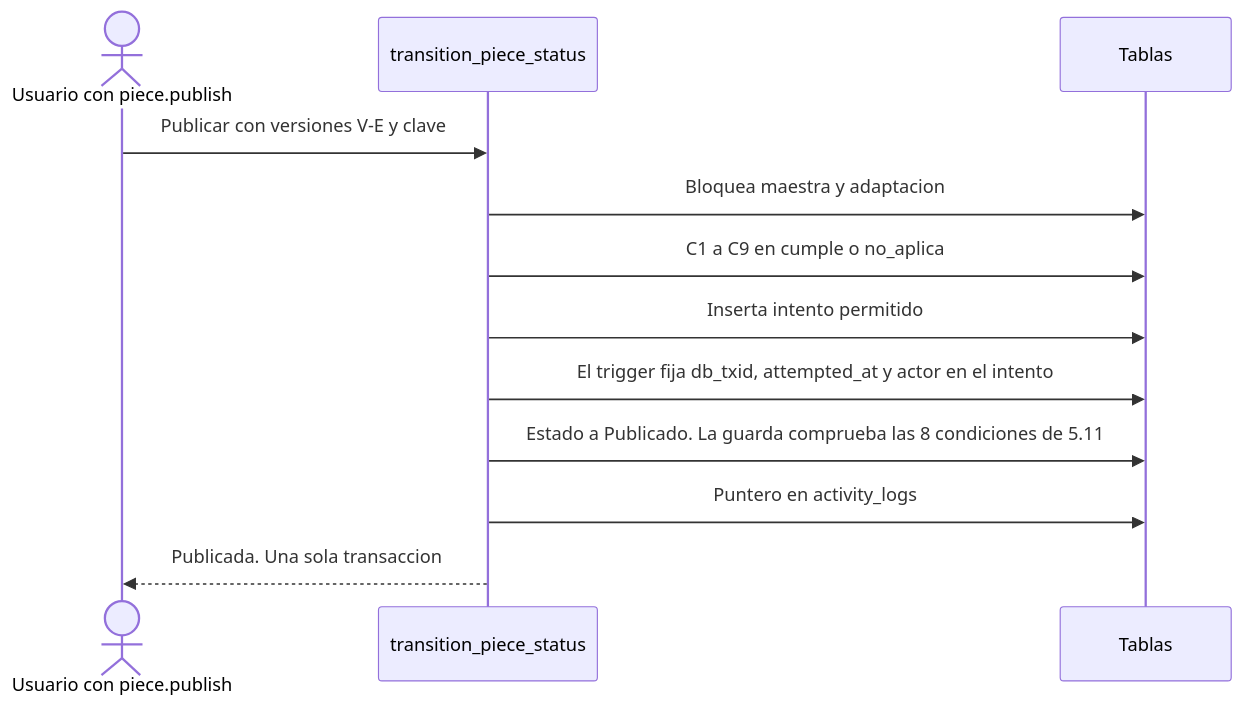
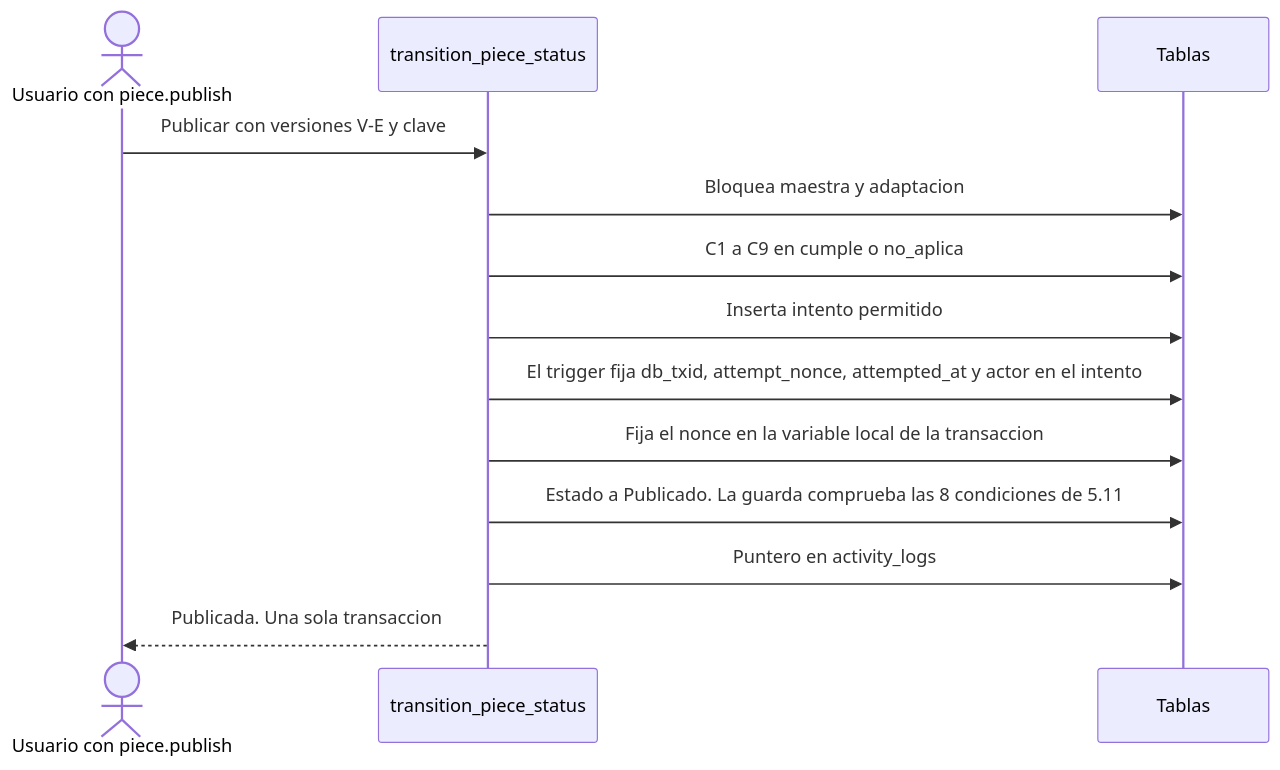
The ninth of 18 diagrams in docs/fase0/ESPECIFICACION_TECNICA_G1_G5_G10.md (appalex47-lab/Copy-Creative-Intelligence), drawn with Mermaid before and after one commit. The commit also changed other lines of this file and 8 other files, not shown here.

````diff
--- a/docs/fase0/ESPECIFICACION_TECNICA_G1_G5_G10.md
+++ b/docs/fase0/ESPECIFICACION_TECNICA_G1_G5_G10.md
@@ -1202,14 +1271,15 @@
 ```mermaid
 sequenceDiagram
   actor U as Usuario con piece.publish
   participant T as transition_piece_status
   participant DB as Tablas
   U->>T: Publicar con versiones V-E y clave
   T->>DB: Bloquea maestra y adaptacion
   T->>DB: C1 a C9 en cumple o no_aplica
   T->>DB: Inserta intento permitido
-  T->>DB: El trigger fija db_txid, attempted_at y actor en el intento
+  T->>DB: El trigger fija db_txid, attempt_nonce, attempted_at y actor en el intento
+  T->>DB: Fija el nonce en la variable local de la transaccion
   T->>DB: Estado a Publicado. La guarda comprueba las 8 condiciones de 5.11
   T->>DB: Puntero en activity_logs
   T-->>U: Publicada. Una sola transaccion
 ```
````
